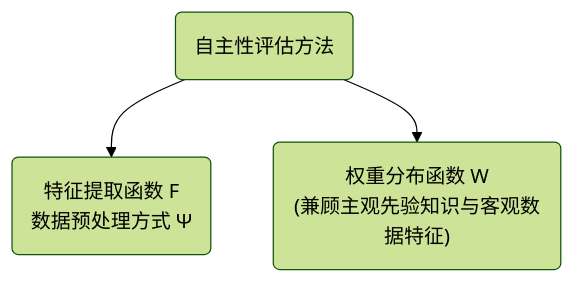
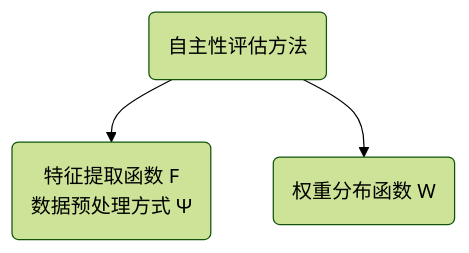
The diagram in all/未命名-1.md (emolake/iodraw-files), drawn with Mermaid (forest theme) before and after one commit.

Commit message:
2026-05-27 10:35:46 update

````diff
--- a/all/未命名-1.md
+++ b/all/未命名-1.md
@@ -1,15 +1,15 @@
 ```mermaid
 graph TB
     %% 根节点
     A("自主性评估方法")
 
     %% 子任务 1 分支
     B("特征提取函数 F<br>数据预处理方式 &Psi;")
 
     %% 子任务 2 分支
-    C("权重分布函数 W<br>(兼顾主观先验知识与客观数据特征)")
+    C("权重分布函数 W<br>")
 
     %% 连接
     A --> B
     A --> C
 ```
````
